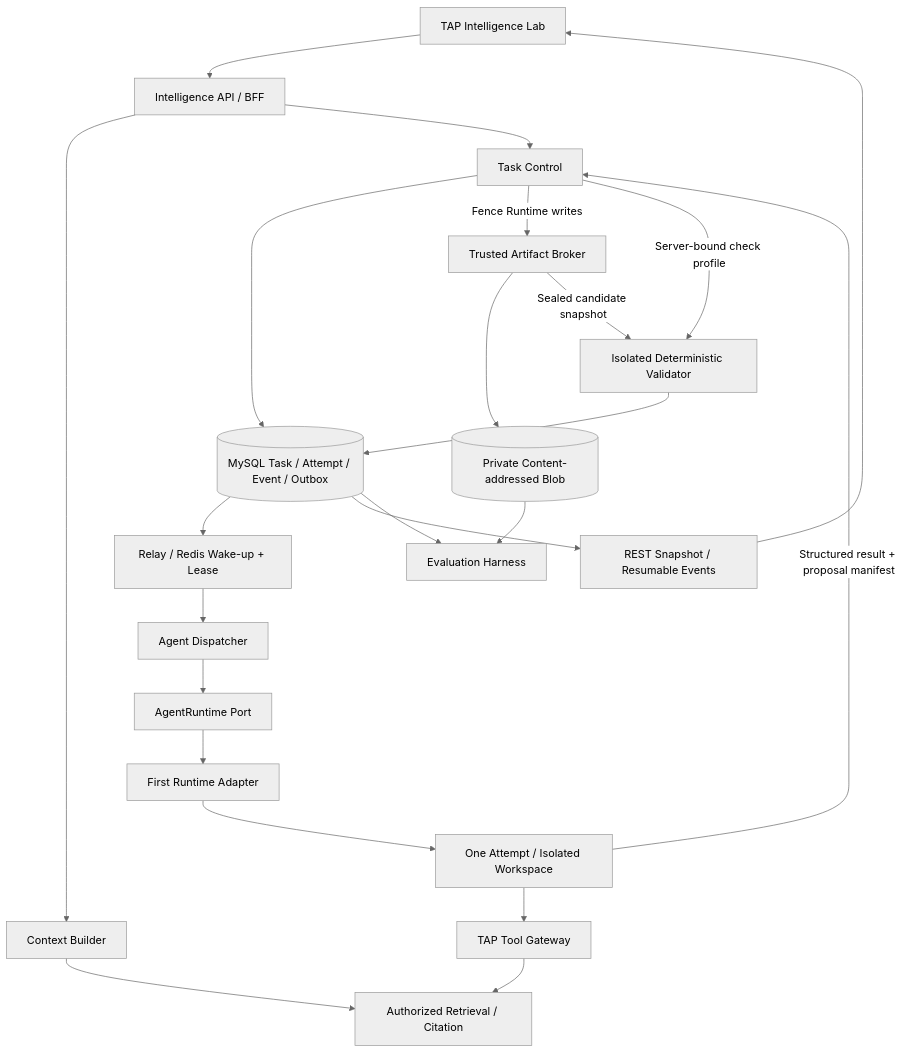
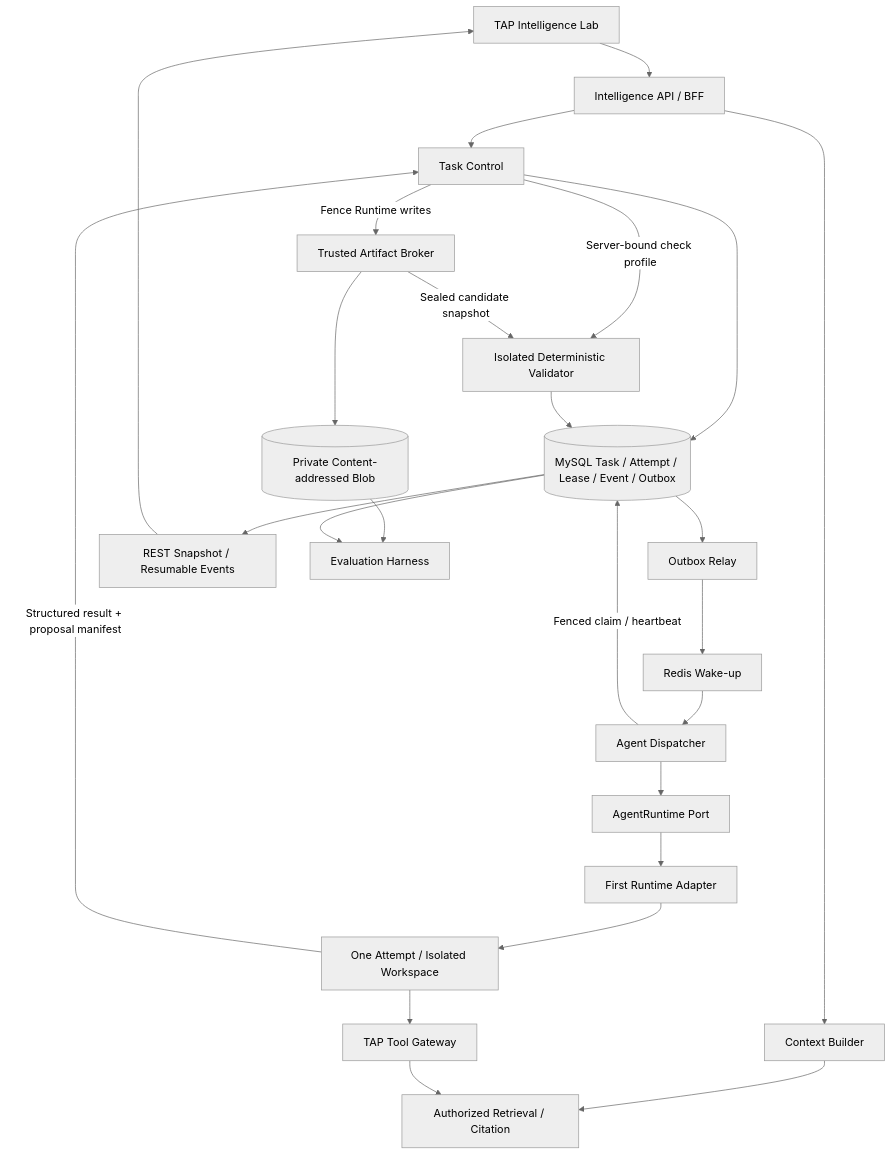
One commit to patrickstarpty/tap changed the fourth of 4 diagrams in docs/proposals/2026-09-02-rfc-007-phase-1-intelligence-layer-exploration.md. Above: the diagram before and after it, drawn with Mermaid (neutral theme). The commit also changed other lines of this file and 27 other files, not shown here.

````diff
--- a/docs/proposals/2026-09-02-rfc-007-phase-1-intelligence-layer-exploration.md
+++ b/docs/proposals/2026-09-02-rfc-007-phase-1-intelligence-layer-exploration.md
@@ -479,29 +536,31 @@
 ```mermaid
 flowchart TB
     UI[TAP Intelligence Lab] --> API[Intelligence API / BFF]
     API --> Context[Context Builder]
     API --> Control[Task Control]
 
     Context --> Knowledge[Authorized Retrieval / Citation]
-    Control --> SQL[(MySQL Task / Attempt / Event / Outbox)]
-    SQL --> Relay[Relay / Redis Wake-up + Lease]
-    Relay --> Dispatch[Agent Dispatcher]
+    Control --> SQL[(MySQL Task / Attempt / Lease / Event / Outbox)]
+    SQL --> Relay[Outbox Relay]
+    Relay --> Wake[Redis Wake-up]
+    Wake --> Dispatch[Agent Dispatcher]
+    Dispatch -->|Fenced claim / heartbeat| SQL
 
     Dispatch --> Runtime[AgentRuntime Port]
     Runtime --> Adapter[First Runtime Adapter]
     Adapter --> Sandbox[One Attempt / Isolated Workspace]
 
     Sandbox --> Gateway[TAP Tool Gateway]
     Gateway --> Knowledge
     Sandbox -->|Structured result + proposal manifest| Control
     Control -->|Fence Runtime writes| Broker[Trusted Artifact Broker]
     Broker --> Blob[(Private Content-addressed Blob)]
     Control -->|Server-bound check profile| Validator[Isolated Deterministic Validator]
     Broker -->|Sealed candidate snapshot| Validator
     Validator --> SQL
 
     SQL --> Stream[REST Snapshot / Resumable Events]
     Stream --> UI
     Blob --> Eval[Evaluation Harness]
     SQL --> Eval
 ```
````
